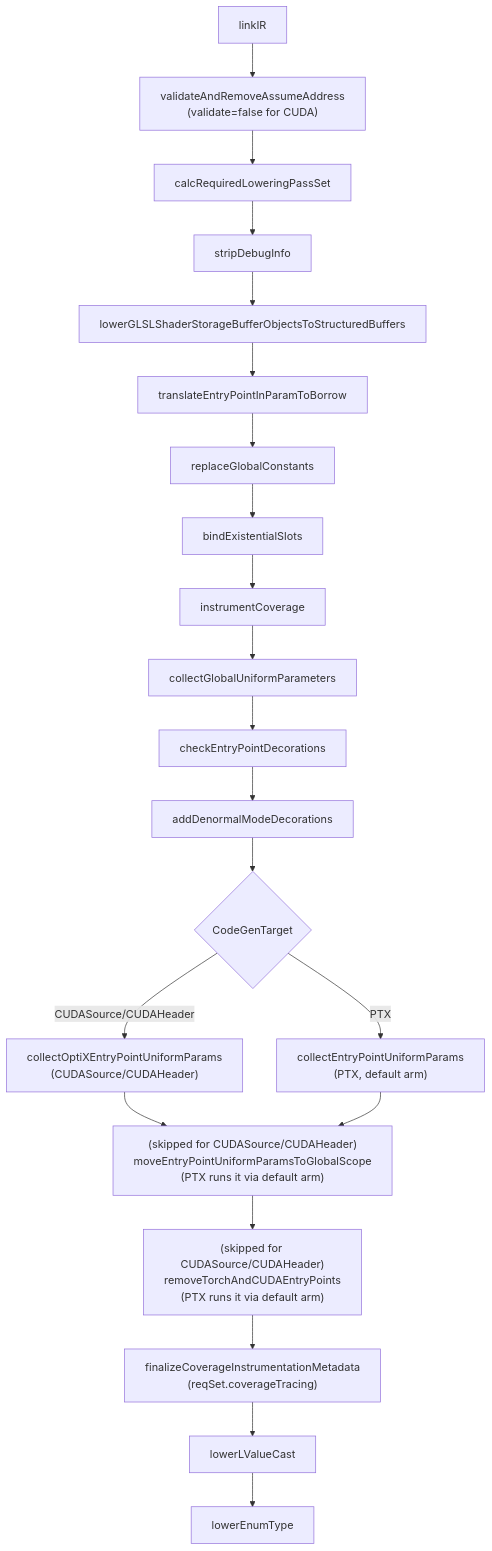
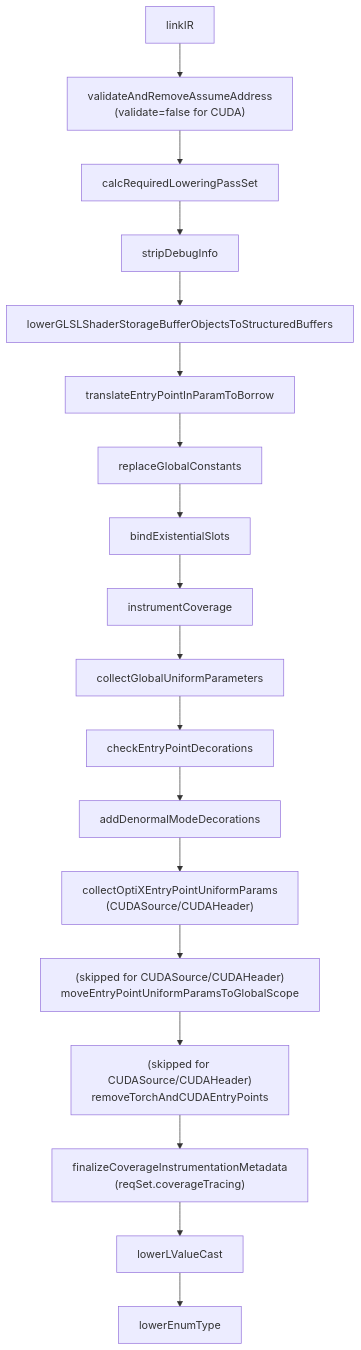
One commit to shader-slang/slang changed the second of 5 diagrams in docs/generated/design/target-pipelines/cuda.md. Above: the diagram before and after it, drawn with Mermaid. The commit also changed other lines of this file and 133 other files, not shown here.

````diff
--- a/docs/generated/design/target-pipelines/cuda.md
+++ b/docs/generated/design/target-pipelines/cuda.md
@@ -111,28 +119,24 @@
 ```mermaid
 flowchart TD
   linkIRn[linkIR]
   vaaaCuda["validateAndRemoveAssumeAddress<br/>(validate=false for CUDA)"]
   reqSet1[calcRequiredLoweringPassSet]
   stripDI[stripDebugInfo]
   ssbo[lowerGLSLShaderStorageBufferObjectsToStructuredBuffers]
   tEPInBorrow[translateEntryPointInParamToBorrow]
   rGC[replaceGlobalConstants]
   bES[bindExistentialSlots]
   iC[instrumentCoverage]
   cGUP[collectGlobalUniformParameters]
   cEPD[checkEntryPointDecorations]
   aDMD[addDenormalModeDecorations]
-  epuSwitch{"CodeGenTarget"}
   cOEPUP["collectOptiXEntryPointUniformParams<br/>(CUDASource/CUDAHeader)"]
-  cEPUP_ptx["collectEntryPointUniformParams<br/>(PTX, default arm)"]
-  skip_mEPUP["(skipped for CUDASource/CUDAHeader)<br/>moveEntryPointUniformParamsToGlobalScope<br/>(PTX runs it via default arm)"]
-  skip_rTCEP["(skipped for CUDASource/CUDAHeader)<br/>removeTorchAndCUDAEntryPoints<br/>(PTX runs it via default arm)"]
+  skip_mEPUP["(skipped for CUDASource/CUDAHeader)<br/>moveEntryPointUniformParamsToGlobalScope"]
+  skip_rTCEP["(skipped for CUDASource/CUDAHeader)<br/>removeTorchAndCUDAEntryPoints"]
   fCIM["finalizeCoverageInstrumentationMetadata<br/>(reqSet.coverageTracing)"]
   lLVC[lowerLValueCast]
   lET[lowerEnumType]
 
-  linkIRn --> vaaaCuda --> reqSet1 --> stripDI --> ssbo --> tEPInBorrow --> rGC --> bES --> iC --> cGUP --> cEPD --> aDMD --> epuSwitch
-  epuSwitch -->|"CUDASource/CUDAHeader"| cOEPUP --> skip_mEPUP
-  epuSwitch -->|PTX| cEPUP_ptx --> skip_mEPUP
-  skip_mEPUP --> skip_rTCEP --> fCIM --> lLVC --> lET
+  linkIRn --> vaaaCuda --> reqSet1 --> stripDI --> ssbo --> tEPInBorrow --> rGC --> bES --> iC --> cGUP --> cEPD --> aDMD --> cOEPUP
+  cOEPUP --> skip_mEPUP --> skip_rTCEP --> fCIM --> lLVC --> lET
 ```
````
